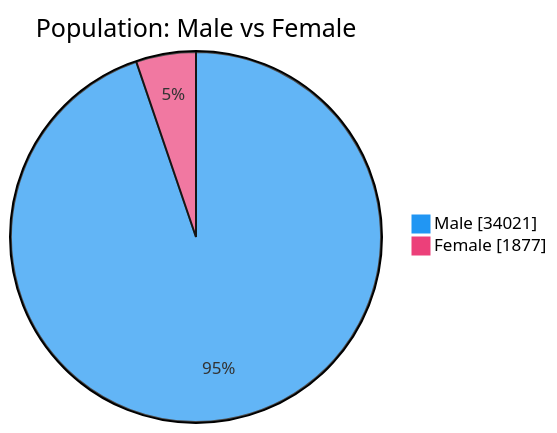
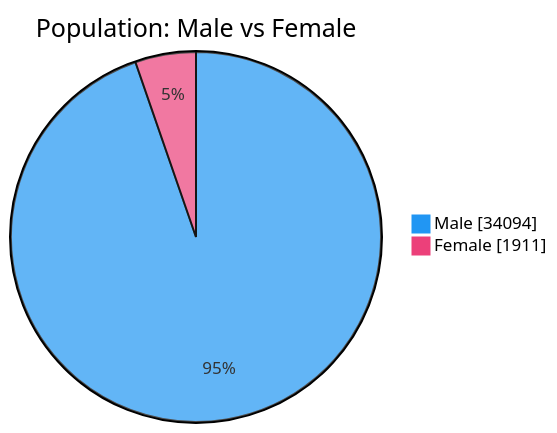
The second of 7 diagrams in README.md (nuuuwan/lk_prisons), drawn with Mermaid before and after one commit. The commit also changed other lines of this file and 1 other file, not shown here.

````diff
--- a/README.md
+++ b/README.md
@@ -54,6 +54,6 @@
 ```mermaid
 %%{init: {'themeVariables': {'pie1': '#2196F3', 'pie2': '#EC407A'}}}%%
 pie showData title Population: Male vs Female
-    "Male" : 34021
-    "Female" : 1877
+    "Male" : 34094
+    "Female" : 1911
 ```
````
